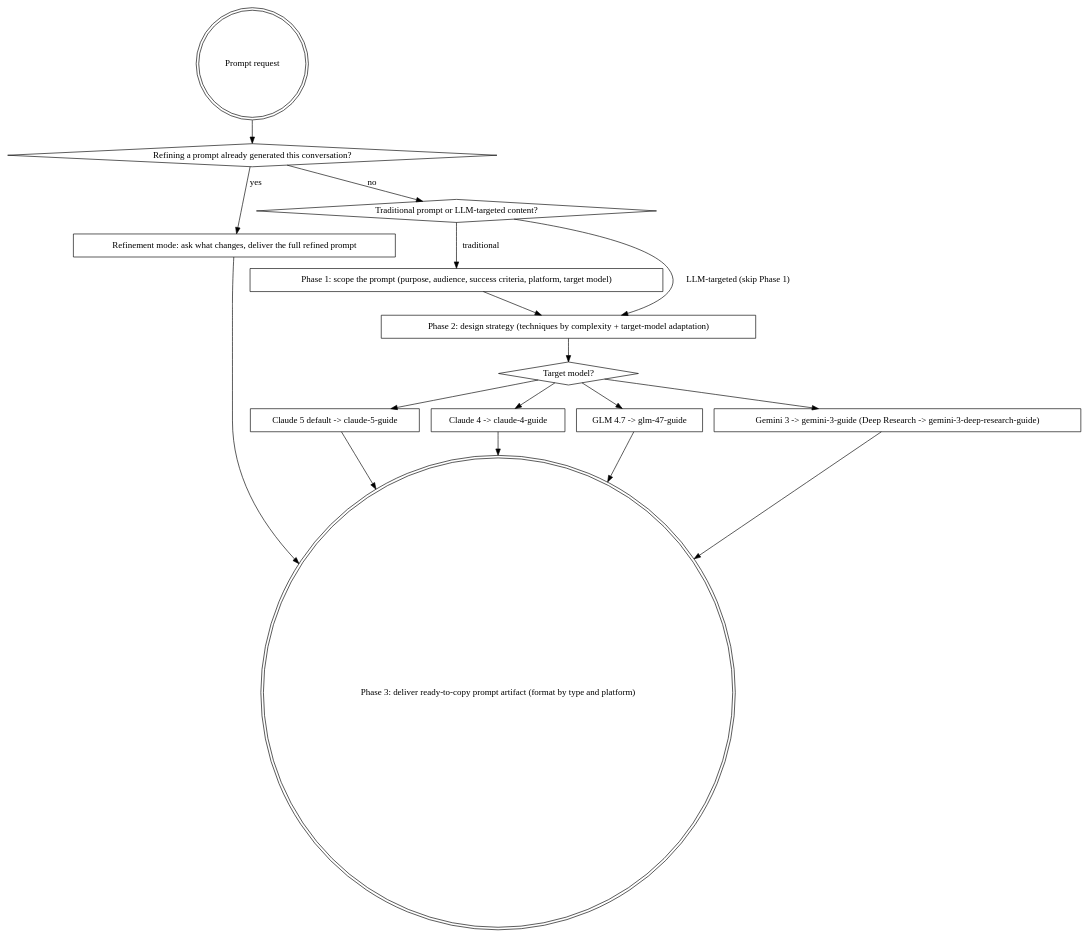
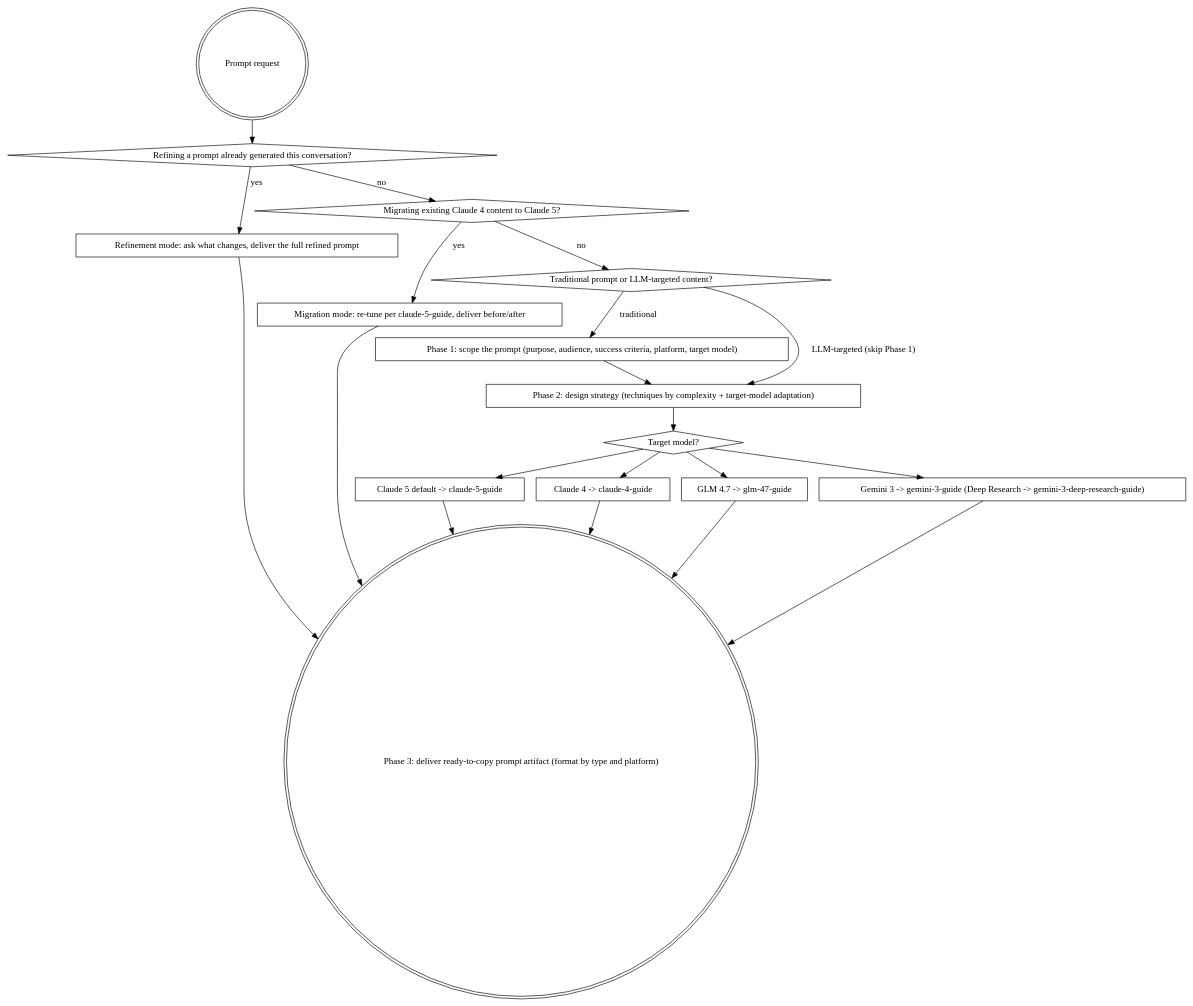
The diagram in plugins/llm-author/skills/prompt-engineering/SKILL.md (it-bens/ai-tools), drawn with Graphviz before and after one commit. The commit also changed other lines of this file and 11 other files, not shown here.

First line of the commit message:
feat(llm-author): add Claude 4 → Claude 5 migration path

````diff
--- a/plugins/llm-author/skills/prompt-engineering/SKILL.md
+++ b/plugins/llm-author/skills/prompt-engineering/SKILL.md
@@ -57,33 +57,38 @@
 ```dot
 digraph prompt_engineering {
     "Prompt request" [shape=doublecircle];
     "Refining a prompt already generated this conversation?" [shape=diamond];
     "Refinement mode: ask what changes, deliver the full refined prompt" [shape=box];
+    "Migrating existing Claude 4 content to Claude 5?" [shape=diamond];
+    "Migration mode: re-tune per claude-5-guide, deliver before/after" [shape=box];
     "Traditional prompt or LLM-targeted content?" [shape=diamond];
     "Phase 1: scope the prompt (purpose, audience, success criteria, platform, target model)" [shape=box];
     "Phase 2: design strategy (techniques by complexity + target-model adaptation)" [shape=box];
     "Target model?" [shape=diamond];
     "Claude 5 default -> claude-5-guide" [shape=box];
     "Claude 4 -> claude-4-guide" [shape=box];
     "GLM 4.7 -> glm-47-guide" [shape=box];
     "Gemini 3 -> gemini-3-guide (Deep Research -> gemini-3-deep-research-guide)" [shape=box];
     "Phase 3: deliver ready-to-copy prompt artifact (format by type and platform)" [shape=doublecircle];
 
     "Prompt request" -> "Refining a prompt already generated this conversation?";
     "Refining a prompt already generated this conversation?" -> "Refinement mode: ask what changes, deliver the full refined prompt" [label="yes"];
     "Refinement mode: ask what changes, deliver the full refined prompt" -> "Phase 3: deliver ready-to-copy prompt artifact (format by type and platform)";
-    "Refining a prompt already generated this conversation?" -> "Traditional prompt or LLM-targeted content?" [label="no"];
+    "Refining a prompt already generated this conversation?" -> "Migrating existing Claude 4 content to Claude 5?" [label="no"];
+    "Migrating existing Claude 4 content to Claude 5?" -> "Migration mode: re-tune per claude-5-guide, deliver before/after" [label="yes"];
+    "Migration mode: re-tune per claude-5-guide, deliver before/after" -> "Phase 3: deliver ready-to-copy prompt artifact (format by type and platform)";
+    "Migrating existing Claude 4 content to Claude 5?" -> "Traditional prompt or LLM-targeted content?" [label="no"];
     "Traditional prompt or LLM-targeted content?" -> "Phase 1: scope the prompt (purpose, audience, success criteria, platform, target model)" [label="traditional"];
     "Traditional prompt or LLM-targeted content?" -> "Phase 2: design strategy (techniques by complexity + target-model adaptation)" [label="LLM-targeted (skip Phase 1)"];
     "Phase 1: scope the prompt (purpose, audience, success criteria, platform, target model)" -> "Phase 2: design strategy (techniques by complexity + target-model adaptation)";
     "Phase 2: design strategy (techniques by complexity + target-model adaptation)" -> "Target model?";
     "Target model?" -> "Claude 5 default -> claude-5-guide";
     "Target model?" -> "Claude 4 -> claude-4-guide";
     "Target model?" -> "GLM 4.7 -> glm-47-guide";
     "Target model?" -> "Gemini 3 -> gemini-3-guide (Deep Research -> gemini-3-deep-research-guide)";
     "Claude 5 default -> claude-5-guide" -> "Phase 3: deliver ready-to-copy prompt artifact (format by type and platform)";
     "Claude 4 -> claude-4-guide" -> "Phase 3: deliver ready-to-copy prompt artifact (format by type and platform)";
     "GLM 4.7 -> glm-47-guide" -> "Phase 3: deliver ready-to-copy prompt artifact (format by type and platform)";
     "Gemini 3 -> gemini-3-guide (Deep Research -> gemini-3-deep-research-guide)" -> "Phase 3: deliver ready-to-copy prompt artifact (format by type and platform)";
 }
 ```
````
